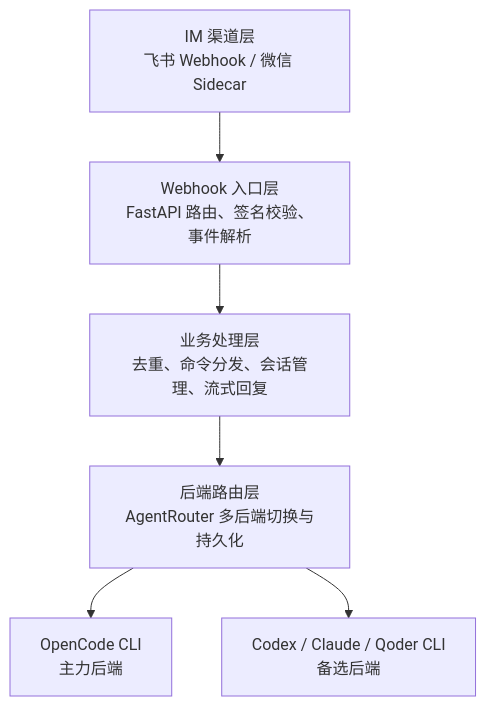
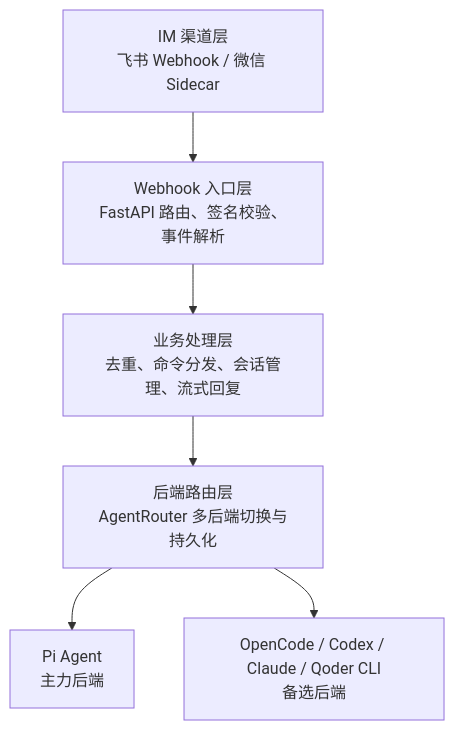
Before and after one commit to felixzhang-glitch/CodexClaw: the first of 2 diagrams in docs/architecture.md, drawn with Mermaid. The commit also changed other lines of this file and 17 other files, not shown here.

````diff
--- a/docs/architecture.md
+++ b/docs/architecture.md
@@ -18,8 +18,8 @@
 ```mermaid
 graph TB
     A[IM 渠道层<br/>飞书 Webhook / 微信 Sidecar] --> B[Webhook 入口层<br/>FastAPI 路由、签名校验、事件解析]
     B --> C[业务处理层<br/>去重、命令分发、会话管理、流式回复]
     C --> D[后端路由层<br/>AgentRouter 多后端切换与持久化]
-    D --> E1[OpenCode CLI<br/>主力后端]
-    D --> E2[Codex / Claude / Qoder CLI<br/>备选后端]
+    D --> E1[Pi Agent<br/>主力后端]
+    D --> E2[OpenCode / Codex / Claude / Qoder CLI<br/>备选后端]
 ```
````
